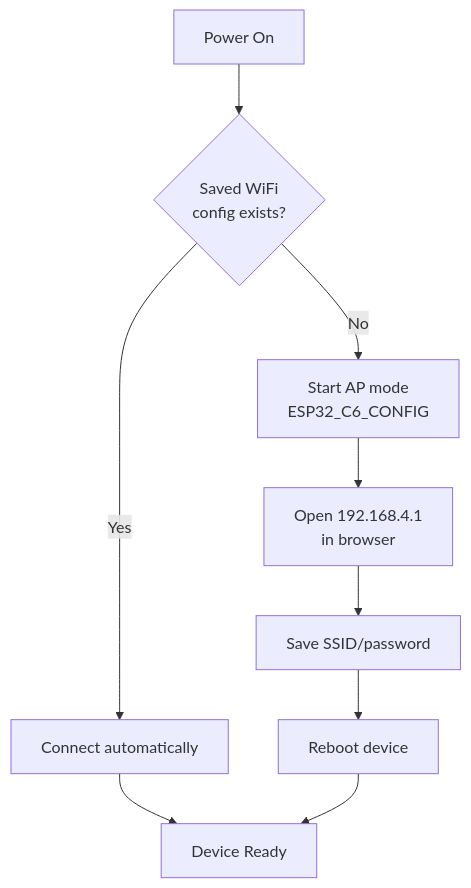
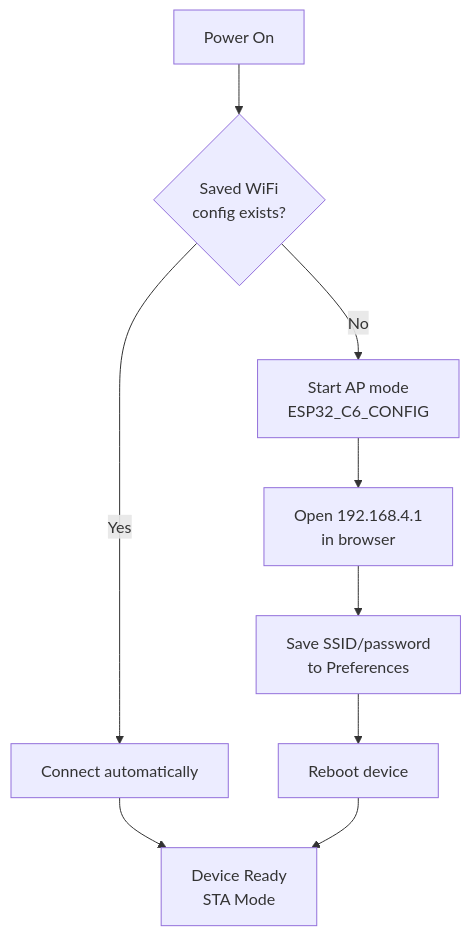
Before and after one commit to paulocfmarques-collab/esp32C6: diagram 11 of 12 in README.md, drawn with Mermaid. The commit also changed other lines of this file, not shown here.

````diff
--- a/README.md
+++ b/README.md
@@ -409,20 +728,20 @@
 ```mermaid
 flowchart TD
     BOOT["Power On"]
     CHECK{"Saved WiFi<br/>config exists?"}
     AUTO["Connect automatically"]
     AP["Start AP mode<br/>ESP32_C6_CONFIG"]
     BROWSER["Open 192.168.4.1<br/>in browser"]
-    SAVE["Save SSID/password"]
+    SAVE["Save SSID/password<br/>to Preferences"]
     REBOOT["Reboot device"]
-    READY["Device Ready"]
+    READY["Device Ready<br/>STA Mode"]
     
     BOOT --> CHECK
     CHECK -->|Yes| AUTO
     CHECK -->|No| AP
     AUTO --> READY
     AP --> BROWSER
     BROWSER --> SAVE
     SAVE --> REBOOT
     REBOOT --> READY
 ```
````
